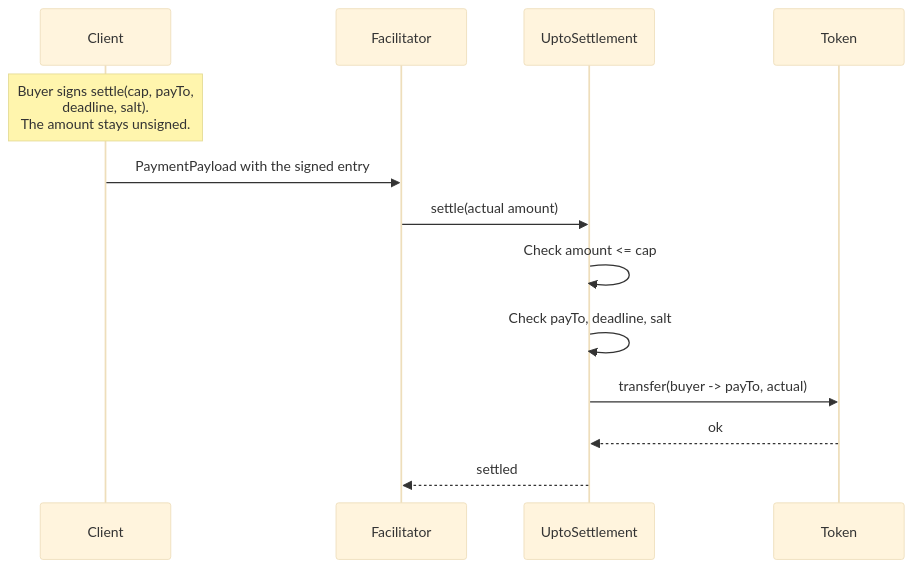
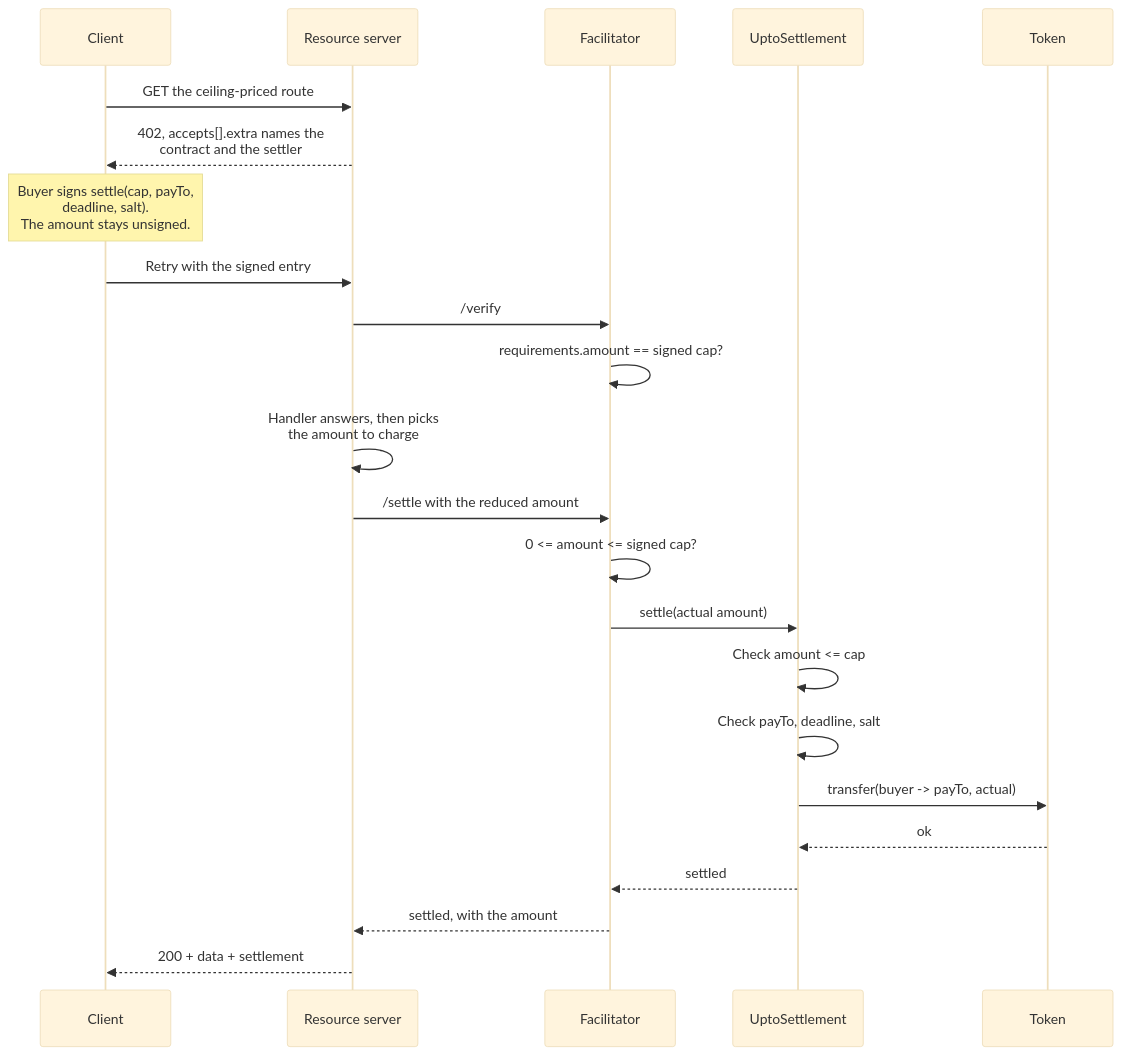
The third of 6 diagrams in docs/architecture.md (bleu/x402-stellar), drawn with Mermaid (base theme) before and after one commit. The commit also changed other lines of this file and 3 other files, not shown here.

````diff
--- a/docs/architecture.md
+++ b/docs/architecture.md
@@ -96,16 +103,26 @@
 ```mermaid
 sequenceDiagram
     participant C as Client
+    participant S as Resource server
     participant F as Facilitator
     participant U as UptoSettlement
     participant T as Token
 
+    C->>S: GET the ceiling-priced route
+    S-->>C: 402, accepts[].extra names the<br/>contract and the settler
     Note over C: Buyer signs settle(cap, payTo,<br/>deadline, salt).<br/>The amount stays unsigned.
-    C->>F: PaymentPayload with the signed entry
+    C->>S: Retry with the signed entry
+    S->>F: /verify
+    F->>F: requirements.amount == signed cap?
+    S->>S: Handler answers, then picks<br/>the amount to charge
+    S->>F: /settle with the reduced amount
+    F->>F: 0 <= amount <= signed cap?
     F->>U: settle(actual amount)
     U->>U: Check amount <= cap
     U->>U: Check payTo, deadline, salt
     U->>T: transfer(buyer -> payTo, actual)
     T-->>U: ok
     U-->>F: settled
+    F-->>S: settled, with the amount
+    S-->>C: 200 + data + settlement
 ```
````
